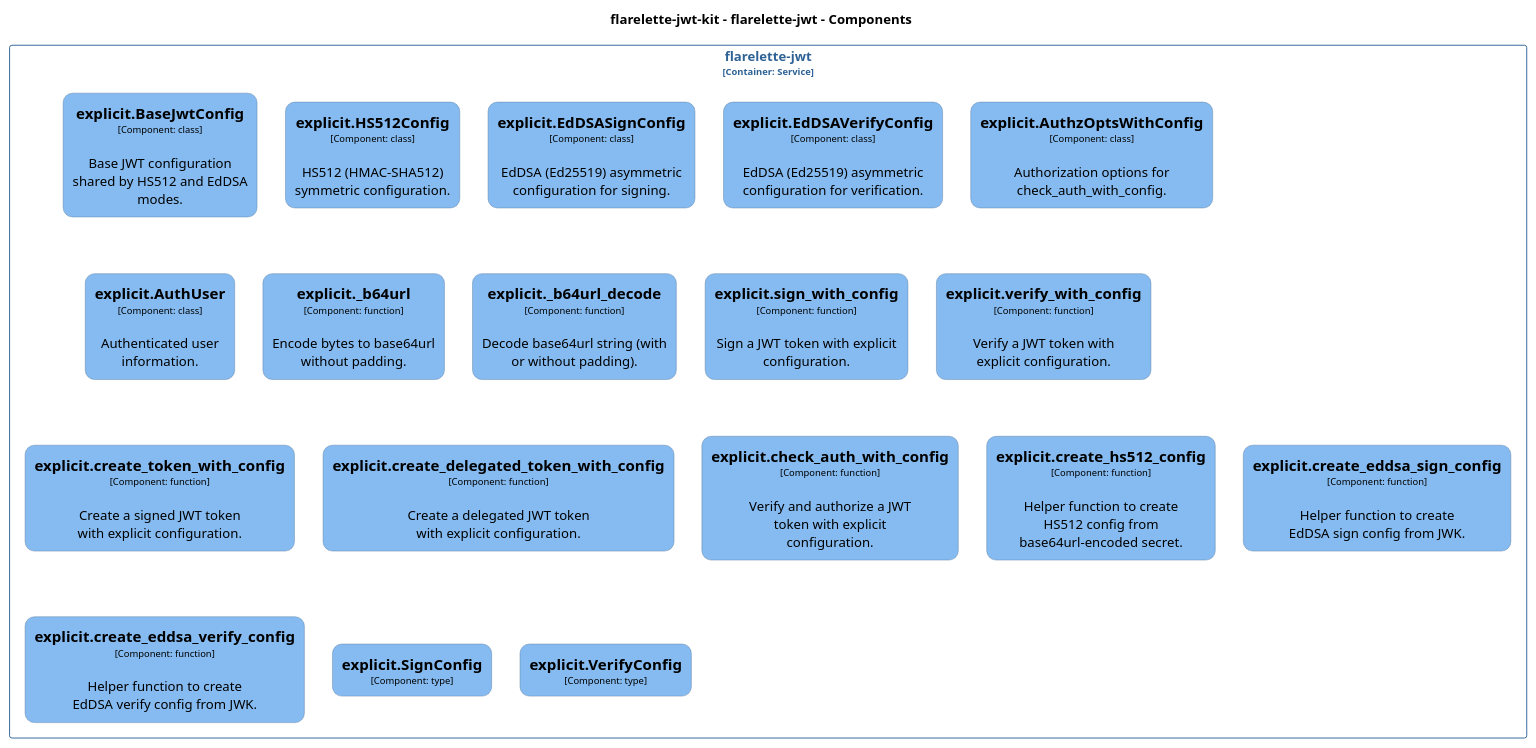
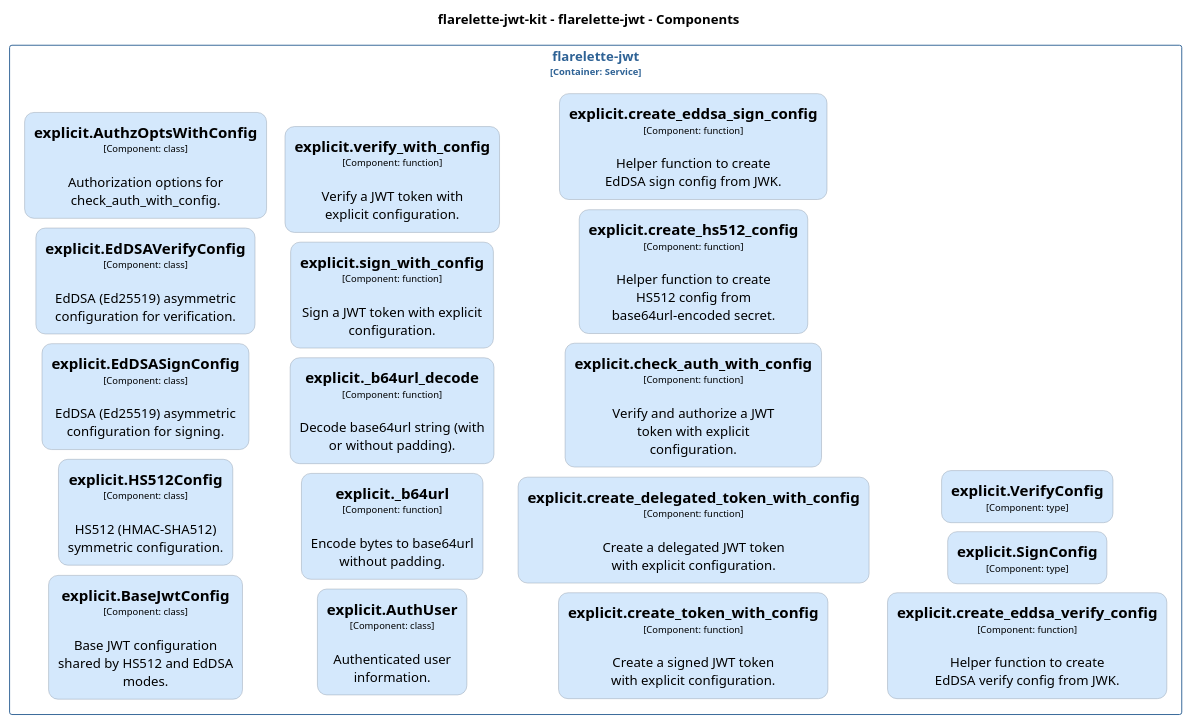
Before and after one commit to chrislyons-dev/flarelette-jwt-kit: the diagram in docs/architecture/diagrams/plantuml/structurizr-Classes_flarelette_jwt__explicit.puml, drawn with PlantUML. The commit also changed 107 other files, not shown here.

```diff
--- a/docs/architecture/diagrams/plantuml/structurizr-Classes_flarelette_jwt__explicit.puml
+++ b/docs/architecture/diagrams/plantuml/structurizr-Classes_flarelette_jwt__explicit.puml
@@ -1,172 +1,172 @@
 @startuml
 set separator none
 title flarelette-jwt-kit - flarelette-jwt - Components
 
-top to bottom direction
-skinparam ranksep 60
-skinparam nodesep 30
+left to right direction
+skinparam ranksep 20
+skinparam nodesep 10
 
 skinparam {
   arrowFontSize 10
   defaultTextAlignment center
   wrapWidth 200
   maxMessageSize 100
   defaultFontName "Arial"
 }
 
 hide stereotype
 
 skinparam rectangle<<flarelettejwtkit.flarelettejwt.explicitAuthUser>> {
-  BackgroundColor #85bbf0
+  BackgroundColor #d4e8fc
   FontColor #000000
-  BorderColor #5d82a8
+  BorderColor #94a2b0
   roundCorner 20
   shadowing false
 }
 skinparam rectangle<<flarelettejwtkit.flarelettejwt.explicitAuthzOptsWithConfig>> {
-  BackgroundColor #85bbf0
+  BackgroundColor #d4e8fc
   FontColor #000000
-  BorderColor #5d82a8
+  BorderColor #94a2b0
   roundCorner 20
   shadowing false
 }
 skinparam rectangle<<flarelettejwtkit.flarelettejwt.explicitBaseJwtConfig>> {
-  BackgroundColor #85bbf0
+  BackgroundColor #d4e8fc
   FontColor #000000
-  BorderColor #5d82a8
+  BorderColor #94a2b0
   roundCorner 20
   shadowing false
 }
 skinparam rectangle<<flarelettejwtkit.flarelettejwt.explicitEdDSASignConfig>> {
-  BackgroundColor #85bbf0
+  BackgroundColor #d4e8fc
   FontColor #000000
-  BorderColor #5d82a8
+  BorderColor #94a2b0
   roundCorner 20
   shadowing false
 }
 skinparam rectangle<<flarelettejwtkit.flarelettejwt.explicitEdDSAVerifyConfig>> {
-  BackgroundColor #85bbf0
+  BackgroundColor #d4e8fc
   FontColor #000000
-  BorderColor #5d82a8
+  BorderColor #94a2b0
   roundCorner 20
   shadowing false
 }
 skinparam rectangle<<flarelettejwtkit.flarelettejwt.explicitHS512Config>> {
-  BackgroundColor #85bbf0
+  BackgroundColor #d4e8fc
   FontColor #000000
-  BorderColor #5d82a8
+  BorderColor #94a2b0
   roundCorner 20
   shadowing false
 }
 skinparam rectangle<<flarelettejwtkit.flarelettejwt.explicitSignConfig>> {
-  BackgroundColor #85bbf0
+  BackgroundColor #d4e8fc
   FontColor #000000
-  BorderColor #5d82a8
+  BorderColor #94a2b0
   roundCorner 20
   shadowing false
 }
 skinparam rectangle<<flarelettejwtkit.flarelettejwt.explicitVerifyConfig>> {
-  BackgroundColor #85bbf0
+  BackgroundColor #d4e8fc
   FontColor #000000
-  BorderColor #5d82a8
+  BorderColor #94a2b0
   roundCorner 20
   shadowing false
 }
 skinparam rectangle<<flarelettejwtkit.flarelettejwt.explicit_b64url>> {
-  BackgroundColor #85bbf0
+  BackgroundColor #d4e8fc
   FontColor #000000
-  BorderColor #5d82a8
+  BorderColor #94a2b0
   roundCorner 20
   shadowing false
 }
 skinparam rectangle<<flarelettejwtkit.flarelettejwt.explicit_b64url_decode>> {
-  BackgroundColor #85bbf0
+  BackgroundColor #d4e8fc
   FontColor #000000
-  BorderColor #5d82a8
+  BorderColor #94a2b0
   roundCorner 20
   shadowing false
 }
 skinparam rectangle<<flarelettejwtkit.flarelettejwt.explicitcheck_auth_with_config>> {
-  BackgroundColor #85bbf0
+  BackgroundColor #d4e8fc
   FontColor #000000
-  BorderColor #5d82a8
+  BorderColor #94a2b0
   roundCorner 20
   shadowing false
 }
 skinparam rectangle<<flarelettejwtkit.flarelettejwt.explicitcreate_delegated_token_with_config>> {
-  BackgroundColor #85bbf0
+  BackgroundColor #d4e8fc
   FontColor #000000
-  BorderColor #5d82a8
+  BorderColor #94a2b0
   roundCorner 20
   shadowing false
 }
 skinparam rectangle<<flarelettejwtkit.flarelettejwt.explicitcreate_eddsa_sign_config>> {
-  BackgroundColor #85bbf0
+  BackgroundColor #d4e8fc
   FontColor #000000
-  BorderColor #5d82a8
+  BorderColor #94a2b0
   roundCorner 20
   shadowing false
 }
 skinparam rectangle<<flarelettejwtkit.flarelettejwt.explicitcreate_eddsa_verify_config>> {
-  BackgroundColor #85bbf0
+  BackgroundColor #d4e8fc
   FontColor #000000
-  BorderColor #5d82a8
+  BorderColor #94a2b0
   roundCorner 20
   shadowing false
 }
 skinparam rectangle<<flarelettejwtkit.flarelettejwt.explicitcreate_hs512_config>> {
-  BackgroundColor #85bbf0
+  BackgroundColor #d4e8fc
   FontColor #000000
-  BorderColor #5d82a8
+  BorderColor #94a2b0
   roundCorner 20
   shadowing false
 }
 skinparam rectangle<<flarelettejwtkit.flarelettejwt.explicitcreate_token_with_config>> {
-  BackgroundColor #85bbf0
+  BackgroundColor #d4e8fc
   FontColor #000000
-  BorderColor #5d82a8
+  BorderColor #94a2b0
   roundCorner 20
   shadowing false
 }
 skinparam rectangle<<flarelettejwtkit.flarelettejwt.explicitsign_with_config>> {
-  BackgroundColor #85bbf0
+  BackgroundColor #d4e8fc
   FontColor #000000
-  BorderColor #5d82a8
+  BorderColor #94a2b0
   roundCorner 20
   shadowing false
 }
 skinparam rectangle<<flarelettejwtkit.flarelettejwt.explicitverify_with_config>> {
-  BackgroundColor #85bbf0
+  BackgroundColor #d4e8fc
   FontColor #000000
-  BorderColor #5d82a8
+  BorderColor #94a2b0
   roundCorner 20
   shadowing false
 }
 skinparam rectangle<<flarelettejwtkit.flarelettejwt>> {
   BorderColor #2e6295
   FontColor #2e6295
   shadowing false
 }
 
 rectangle "flarelette-jwt\n<size:10>[Container: Service]</size>" <<flarelettejwtkit.flarelettejwt>> {
   rectangle "==explicit.BaseJwtConfig\n<size:10>[Component: class]</size>\n\nBase JWT configuration shared by HS512 and EdDSA modes." <<flarelettejwtkit.flarelettejwt.explicitBaseJwtConfig>> as flarelettejwtkit.flarelettejwt.explicitBaseJwtConfig
   rectangle "==explicit.HS512Config\n<size:10>[Component: class]</size>\n\nHS512 (HMAC-SHA512) symmetric configuration." <<flarelettejwtkit.flarelettejwt.explicitHS512Config>> as flarelettejwtkit.flarelettejwt.explicitHS512Config
   rectangle "==explicit.EdDSASignConfig\n<size:10>[Component: class]</size>\n\nEdDSA (Ed25519) asymmetric configuration for signing." <<flarelettejwtkit.flarelettejwt.explicitEdDSASignConfig>> as flarelettejwtkit.flarelettejwt.explicitEdDSASignConfig
   rectangle "==explicit.EdDSAVerifyConfig\n<size:10>[Component: class]</size>\n\nEdDSA (Ed25519) asymmetric configuration for verification." <<flarelettejwtkit.flarelettejwt.explicitEdDSAVerifyConfig>> as flarelettejwtkit.flarelettejwt.explicitEdDSAVerifyConfig
   rectangle "==explicit.AuthzOptsWithConfig\n<size:10>[Component: class]</size>\n\nAuthorization options for check_auth_with_config." <<flarelettejwtkit.flarelettejwt.explicitAuthzOptsWithConfig>> as flarelettejwtkit.flarelettejwt.explicitAuthzOptsWithConfig
   rectangle "==explicit.AuthUser\n<size:10>[Component: class]</size>\n\nAuthenticated user information." <<flarelettejwtkit.flarelettejwt.explicitAuthUser>> as flarelettejwtkit.flarelettejwt.explicitAuthUser
   rectangle "==explicit._b64url\n<size:10>[Component: function]</size>\n\nEncode bytes to base64url without padding." <<flarelettejwtkit.flarelettejwt.explicit_b64url>> as flarelettejwtkit.flarelettejwt.explicit_b64url
   rectangle "==explicit._b64url_decode\n<size:10>[Component: function]</size>\n\nDecode base64url string (with or without padding)." <<flarelettejwtkit.flarelettejwt.explicit_b64url_decode>> as flarelettejwtkit.flarelettejwt.explicit_b64url_decode
   rectangle "==explicit.sign_with_config\n<size:10>[Component: function]</size>\n\nSign a JWT token with explicit configuration." <<flarelettejwtkit.flarelettejwt.explicitsign_with_config>> as flarelettejwtkit.flarelettejwt.explicitsign_with_config
   rectangle "==explicit.verify_with_config\n<size:10>[Component: function]</size>\n\nVerify a JWT token with explicit configuration." <<flarelettejwtkit.flarelettejwt.explicitverify_with_config>> as flarelettejwtkit.flarelettejwt.explicitverify_with_config
   rectangle "==explicit.create_token_with_config\n<size:10>[Component: function]</size>\n\nCreate a signed JWT token with explicit configuration." <<flarelettejwtkit.flarelettejwt.explicitcreate_token_with_config>> as flarelettejwtkit.flarelettejwt.explicitcreate_token_with_config
   rectangle "==explicit.create_delegated_token_with_config\n<size:10>[Component: function]</size>\n\nCreate a delegated JWT token with explicit configuration." <<flarelettejwtkit.flarelettejwt.explicitcreate_delegated_token_with_config>> as flarelettejwtkit.flarelettejwt.explicitcreate_delegated_token_with_config
   rectangle "==explicit.check_auth_with_config\n<size:10>[Component: function]</size>\n\nVerify and authorize a JWT token with explicit configuration." <<flarelettejwtkit.flarelettejwt.explicitcheck_auth_with_config>> as flarelettejwtkit.flarelettejwt.explicitcheck_auth_with_config
   rectangle "==explicit.create_hs512_config\n<size:10>[Component: function]</size>\n\nHelper function to create HS512 config from base64url-encoded secret." <<flarelettejwtkit.flarelettejwt.explicitcreate_hs512_config>> as flarelettejwtkit.flarelettejwt.explicitcreate_hs512_config
   rectangle "==explicit.create_eddsa_sign_config\n<size:10>[Component: function]</size>\n\nHelper function to create EdDSA sign config from JWK." <<flarelettejwtkit.flarelettejwt.explicitcreate_eddsa_sign_config>> as flarelettejwtkit.flarelettejwt.explicitcreate_eddsa_sign_config
   rectangle "==explicit.create_eddsa_verify_config\n<size:10>[Component: function]</size>\n\nHelper function to create EdDSA verify config from JWK." <<flarelettejwtkit.flarelettejwt.explicitcreate_eddsa_verify_config>> as flarelettejwtkit.flarelettejwt.explicitcreate_eddsa_verify_config
   rectangle "==explicit.SignConfig\n<size:10>[Component: type]</size>" <<flarelettejwtkit.flarelettejwt.explicitSignConfig>> as flarelettejwtkit.flarelettejwt.explicitSignConfig
   rectangle "==explicit.VerifyConfig\n<size:10>[Component: type]</size>" <<flarelettejwtkit.flarelettejwt.explicitVerifyConfig>> as flarelettejwtkit.flarelettejwt.explicitVerifyConfig
 }
 
 @enduml
```
